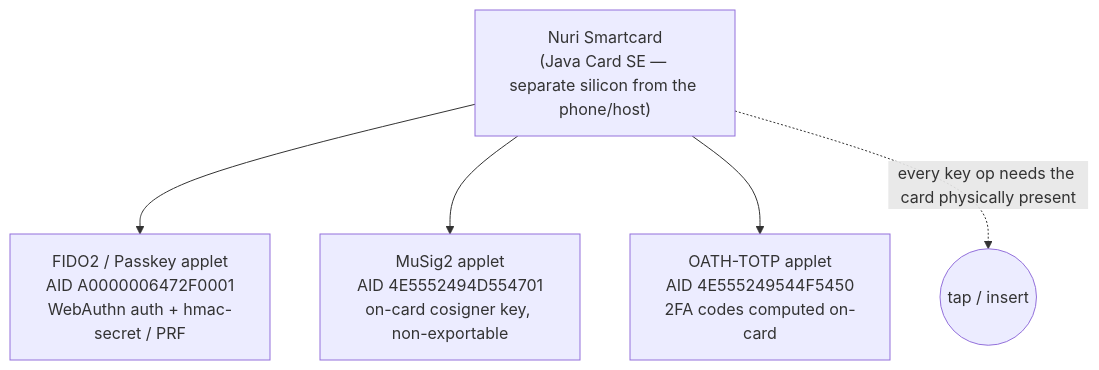
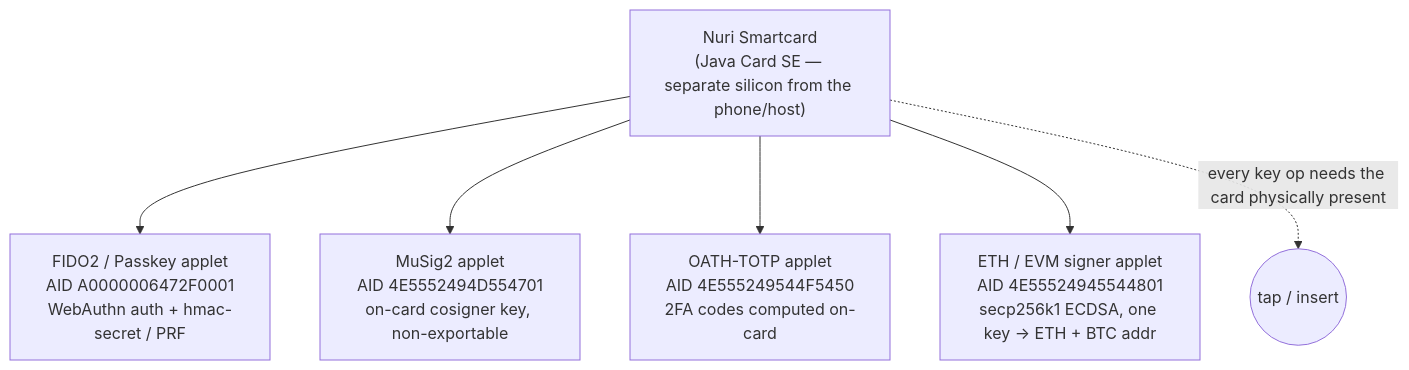
Before and after one commit to nuri-com/nuri-passkey-prf-smartcard: the first of 3 diagrams in README.md, drawn with Mermaid. The commit also changed other lines of this file, not shown here.

````diff
--- a/README.md
+++ b/README.md
@@ -76,8 +77,9 @@
 ```mermaid
 graph TB
   Card["Nuri Smartcard<br/>(Java Card SE — separate silicon from the phone/host)"]
   Card --> FIDO2["FIDO2 / Passkey applet<br/>AID A0000006472F0001<br/>WebAuthn auth + hmac-secret / PRF"]
   Card --> MS2["MuSig2 applet<br/>AID 4E5552494D554701<br/>on-card cosigner key, non-exportable"]
   Card --> TOTP["OATH-TOTP applet<br/>AID 4E555249544F5450<br/>2FA codes computed on-card"]
+  Card --> ETH["ETH / EVM signer applet<br/>AID 4E55524945544801<br/>secp256k1 ECDSA, one key → ETH + BTC addr"]
   Card -.->|"every key op needs the card physically present"| Tap(("tap / insert"))
 ```
````
